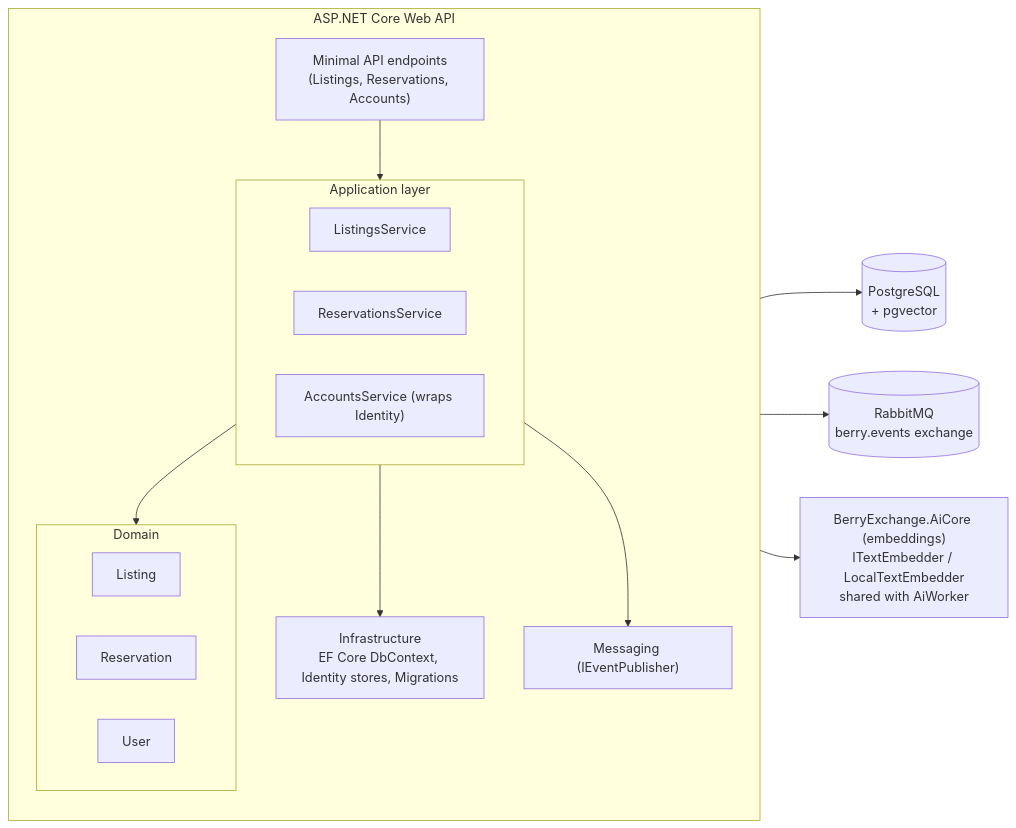
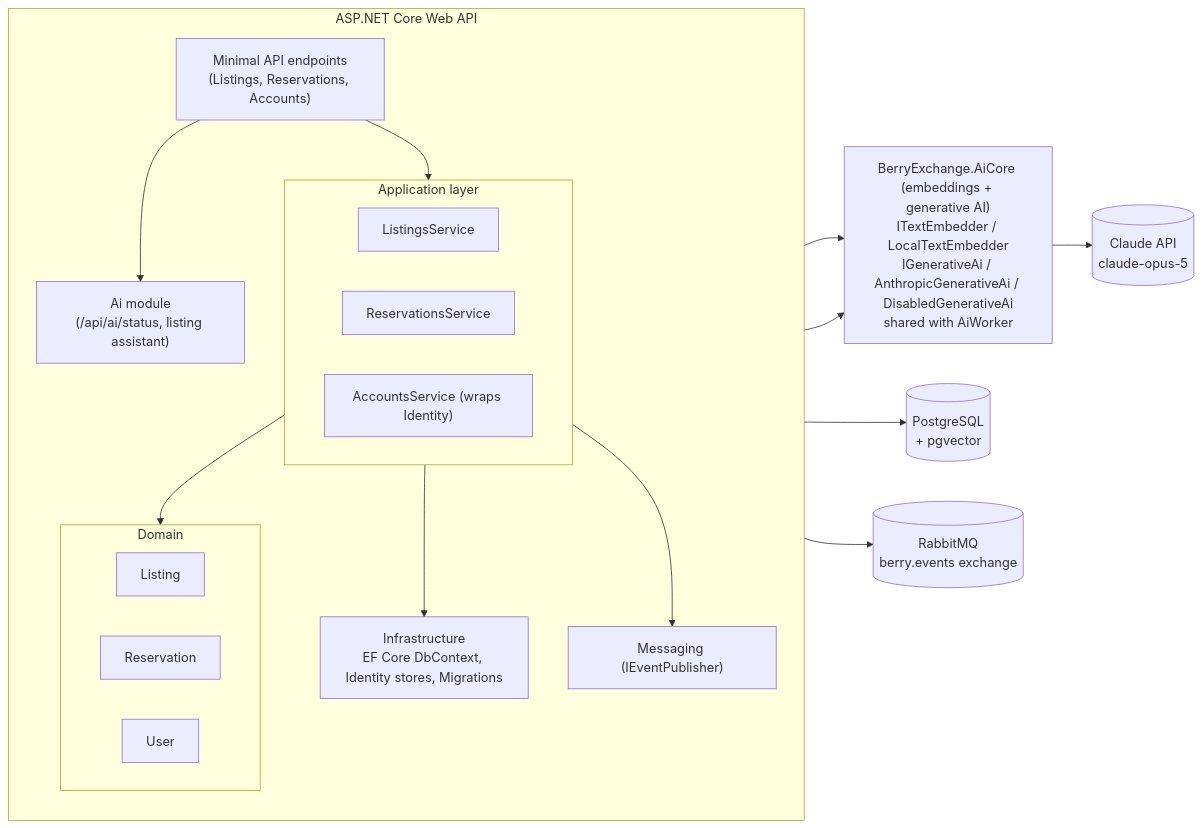
Before and after one commit to Nazarii-Mandiak/BerryMarketplace: the diagram in docs/architecture/component-backend.mmd, drawn with Mermaid. The commit also changed 9 other files, not shown here.

Commit message:
Add Claude-backed IGenerativeAi with graceful degradation (ADR-0011)

```diff
--- a/docs/architecture/component-backend.mmd
+++ b/docs/architecture/component-backend.mmd
@@ -1,29 +1,34 @@
 %% Berry Exchange — C4 Level 3: Components inside the API container
 graph LR
     subgraph API["ASP.NET Core Web API"]
         direction TB
         Endpoints["Minimal API endpoints<br/>(Listings, Reservations, Accounts)"]
         subgraph App["Application layer"]
             ListingsSvc[ListingsService]
             ResSvc[ReservationsService]
             AccountsSvc["AccountsService (wraps Identity)"]
         end
         subgraph Domain["Domain"]
             ListingEntity[Listing]
             ReservationEntity[Reservation]
             UserEntity[User]
         end
         Infra["Infrastructure<br/>EF Core DbContext, Identity stores, Migrations"]
         Messaging["Messaging (IEventPublisher)"]
+        Ai["Ai module<br/>(/api/ai/status, listing assistant)"]
     end
-    AiCore["BerryExchange.AiCore (embeddings)<br/>ITextEmbedder / LocalTextEmbedder<br/>shared with AiWorker"]
+    AiCore["BerryExchange.AiCore (embeddings + generative AI)<br/>ITextEmbedder / LocalTextEmbedder<br/>IGenerativeAi / AnthropicGenerativeAi / DisabledGenerativeAi<br/>shared with AiWorker"]
     DB[("PostgreSQL<br/>+ pgvector")]
     Broker[("RabbitMQ<br/>berry.events exchange")]
+    Claude[("Claude API<br/>claude-opus-5")]
 
     Endpoints --> App
+    Endpoints --> Ai
     App --> Domain
     App --> Infra
     Infra --> DB
     App --> Messaging
     Messaging --> Broker
     App --> AiCore
+    Ai --> AiCore
+    AiCore --> Claude
```
